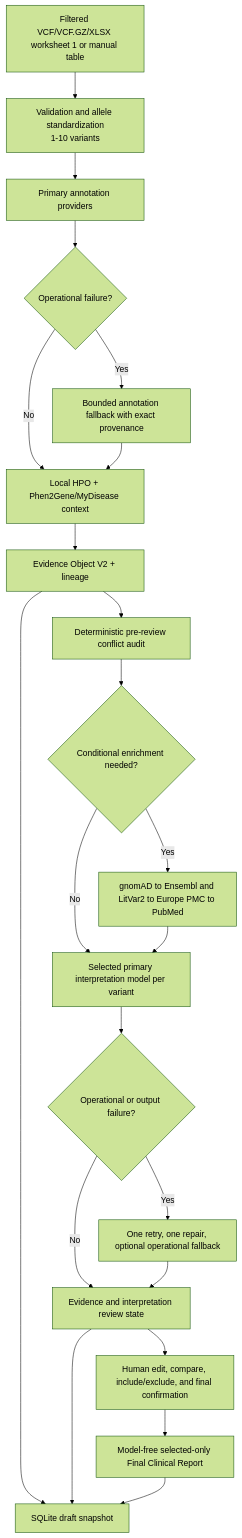
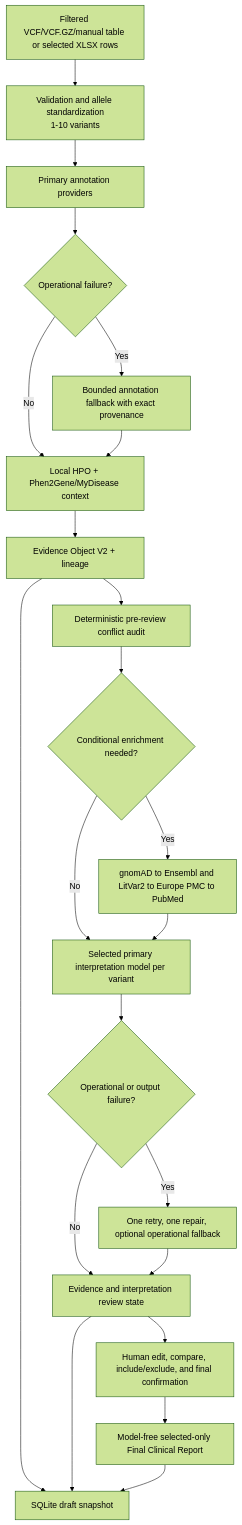
Before and after one commit to parhamKIY/CLINCAL_VARIANT_WEB_APPLICATION: the second of 2 diagrams in docs/PROJECT_DECLARATION.md, drawn with Mermaid (forest theme). The commit also changed other lines of this file and 1 other file, not shown here.

Commit message:
docs(input): reconcile selected-variant smoke baseline

````diff
--- a/docs/PROJECT_DECLARATION.md
+++ b/docs/PROJECT_DECLARATION.md
@@ -591,24 +609,24 @@
 ```mermaid
 flowchart TD
-    U["Filtered VCF/VCF.GZ/XLSX worksheet 1 or manual table"] --> V["Validation and allele standardization<br/>1-10 variants"]
+    U["Filtered VCF/VCF.GZ/manual table or selected XLSX rows"] --> V["Validation and allele standardization<br/>1-10 variants"]
     V --> A["Primary annotation providers"]
     A --> AO{"Operational failure?"}
     AO -- No --> P["Local HPO + Phen2Gene/MyDisease context"]
     AO -- Yes --> AF["Bounded annotation fallback with exact provenance"]
     AF --> P
     P --> E["Evidence Object V2 + lineage"]
     E --> C1["Deterministic pre-review conflict audit"]
     C1 --> CE{"Conditional enrichment needed?"}
     CE -- Yes --> X["gnomAD to Ensembl and LitVar2 to Europe PMC to PubMed"]
     CE -- No --> VI
     X --> VI["Selected primary interpretation model per variant"]
     VI --> VR{"Operational or output failure?"}
     VR -- No --> D["Evidence and interpretation review state"]
     VR -- Yes --> VX["One retry, one repair, optional operational fallback"]
     VX --> D
     D --> H["Human edit, compare, include/exclude, and final confirmation"]
     H --> F["Model-free selected-only Final Clinical Report"]
     E --> DB["SQLite draft snapshot"]
     D --> DB
     F --> DB
 ```
````
